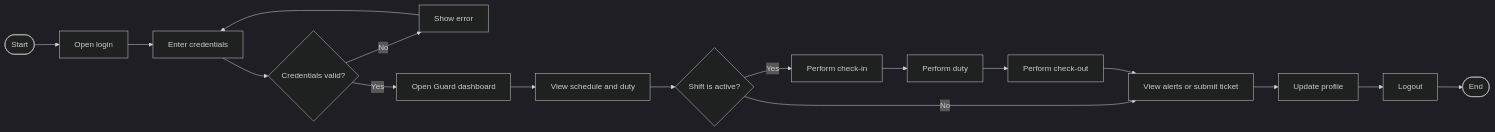
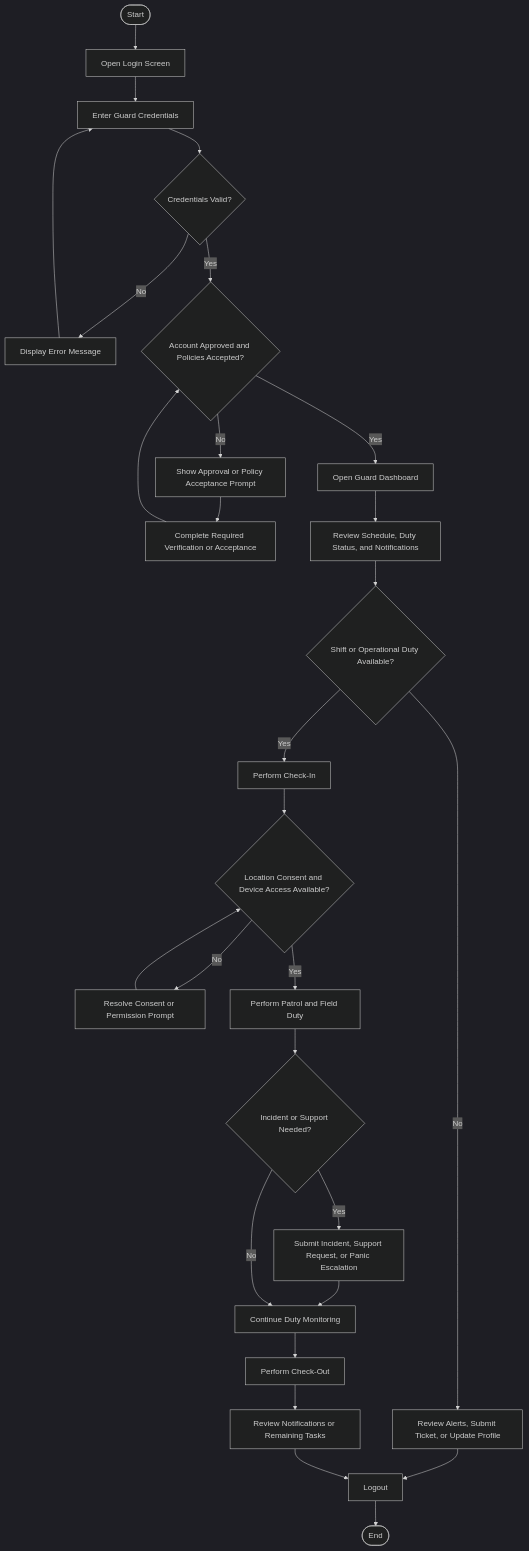
One commit to dwaytu/Capstone-Main changed the third of 6 diagrams in SENTINEL - Group 8.md. Above: the diagram before and after it, drawn with Mermaid (dark theme). The commit also changed other lines of this file, not shown here.

````diff
--- a/SENTINEL - Group 8.md
+++ b/SENTINEL - Group 8.md
@@ -1402,19 +1394,30 @@
 ```mermaid
-flowchart LR
-	A([Start]) --> B[Open login]
-	B --> C[Enter credentials]
-	C --> D{Credentials valid?}
-	D -- No --> E[Show error]
+flowchart TD
+	A([Start]) --> B[Open Login Screen]
+	B --> C[Enter Guard Credentials]
+	C --> D{Credentials Valid?}
+	D -- No --> E[Display Error Message]
 	E --> C
-	D -- Yes --> F[Open Guard dashboard]
-	F --> G[View schedule and duty]
-	G --> H{Shift is active?}
-	H -- No --> I[View alerts or submit ticket]
-	I --> J[Update profile]
-	J --> K[Logout]
-	K --> L([End])
-	H -- Yes --> M[Perform check-in]
-	M --> N[Perform duty]
-	N --> O[Perform check-out]
-	O --> I
+	D -- Yes --> F{Account Approved and Policies Accepted?}
+	F -- No --> G[Show Approval or Policy Acceptance Prompt]
+	G --> H[Complete Required Verification or Acceptance]
+	H --> F
+	F -- Yes --> I[Open Guard Dashboard]
+	I --> J[Review Schedule, Duty Status, and Notifications]
+	J --> K{Shift or Operational Duty Available?}
+	K -- No --> L[Review Alerts, Submit Ticket, or Update Profile]
+	L --> M[Logout]
+	M --> N([End])
+	K -- Yes --> O[Perform Check-In]
+	O --> P{Location Consent and Device Access Available?}
+	P -- No --> Q[Resolve Consent or Permission Prompt]
+	Q --> P
+	P -- Yes --> R[Perform Patrol and Field Duty]
+	R --> S{Incident or Support Needed?}
+	S -- Yes --> T[Submit Incident, Support Request, or Panic Escalation]
+	T --> U[Continue Duty Monitoring]
+	S -- No --> U[Continue Duty Monitoring]
+	U --> V[Perform Check-Out]
+	V --> W[Review Notifications or Remaining Tasks]
+	W --> M
 ```
````
